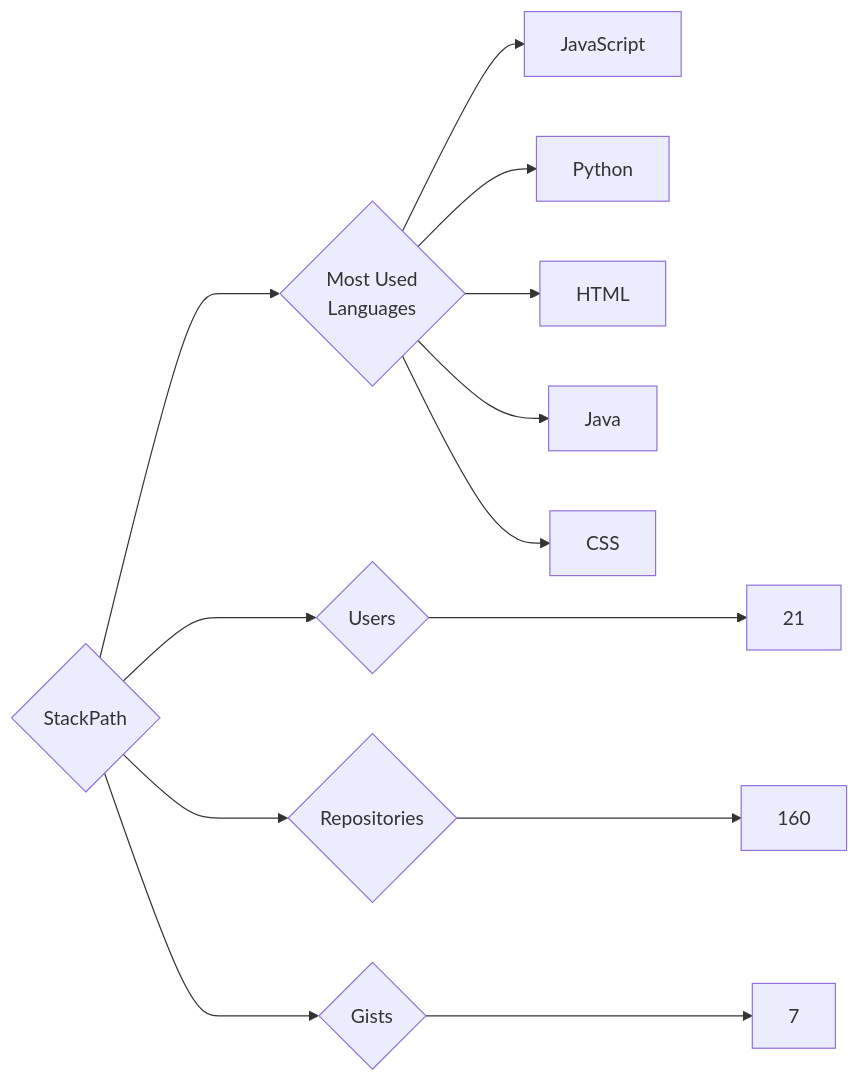
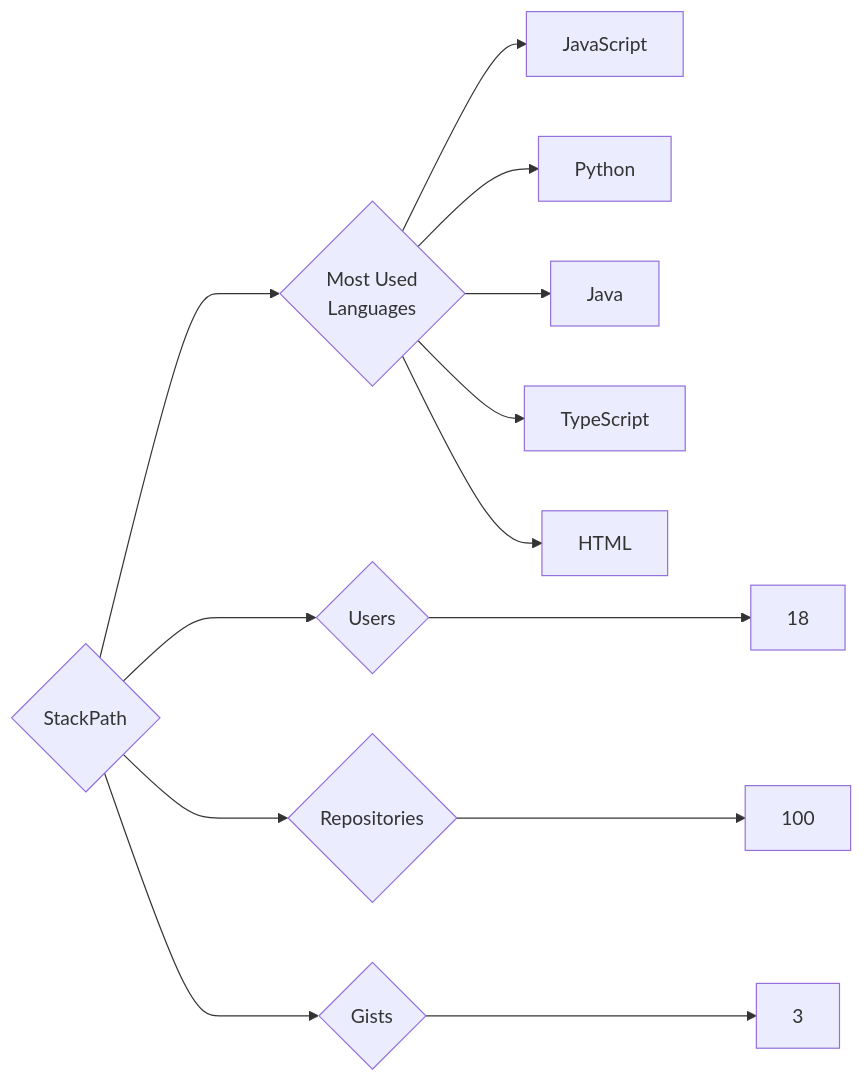
The diagram in targets/StackPath/README.md (trickest/insiders), drawn with Mermaid before and after one commit. The commit also changed 877 other files, not shown here.

````diff
--- a/targets/StackPath/README.md
+++ b/targets/StackPath/README.md
@@ -3,13 +3,13 @@
 ```mermaid
 graph LR
 COMPANY_NAME{StackPath}
-COMPANY_NAME ---> U{Users} ---> UN[21]
-COMPANY_NAME ---> R{Repositories} ---> RN[160]
-COMPANY_NAME ---> G{Gists} ---> GN[7]
+COMPANY_NAME ---> U{Users} ---> UN[18]
+COMPANY_NAME ---> R{Repositories} ---> RN[100]
+COMPANY_NAME ---> G{Gists} ---> GN[3]
 COMPANY_NAME ---> ML{Most Used<br>Languages}
 ML --> JavaScript[JavaScript]
 ML --> Python[Python]
+ML --> Java[Java]
+ML --> TypeScript[TypeScript]
 ML --> HTML[HTML]
-ML --> Java[Java]
-ML --> CSS[CSS]
 ```
````
